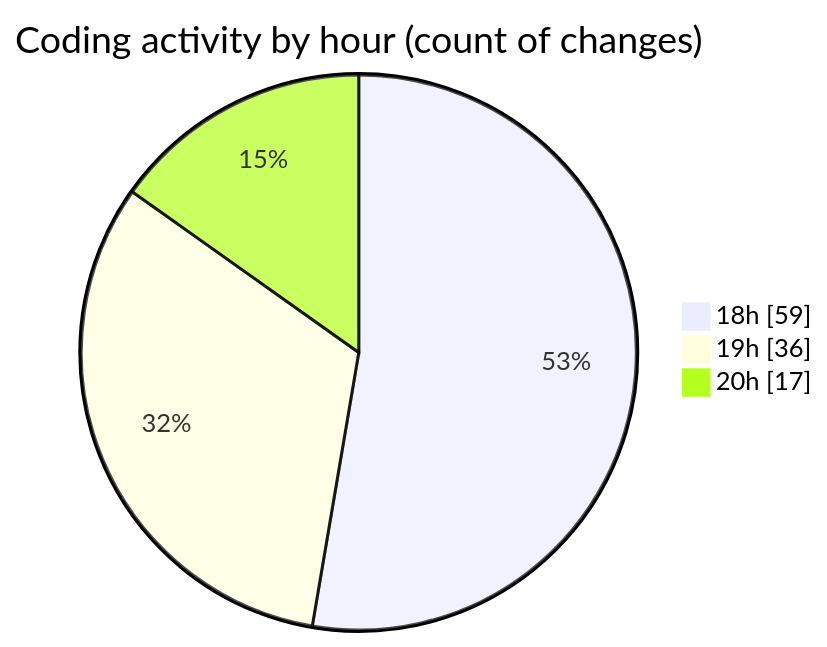
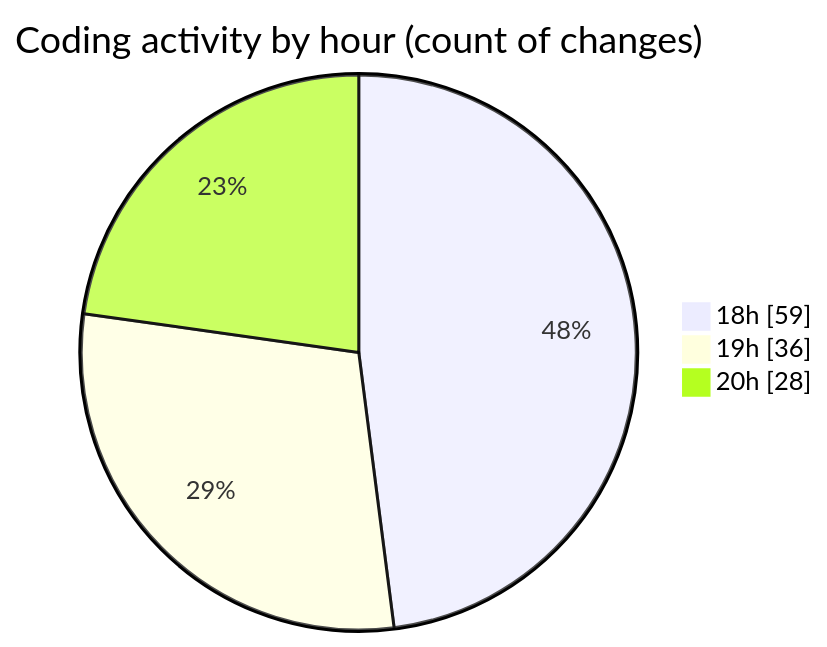
The second of 2 diagrams in 2025-04-02/back-end/README.md (Netris89/code-tracking), drawn with Mermaid before and after one commit. The commit also changed other lines of this file and 1 other file, not shown here.

````diff
--- a/2025-04-02/back-end/README.md
+++ b/2025-04-02/back-end/README.md
@@ -30,7 +30,7 @@
 ```mermaid
 pie showData
 title Coding activity by hour (count of changes)
 "18h" : 59
 "19h" : 36
-"20h" : 17
+"20h" : 28
 ```
````
